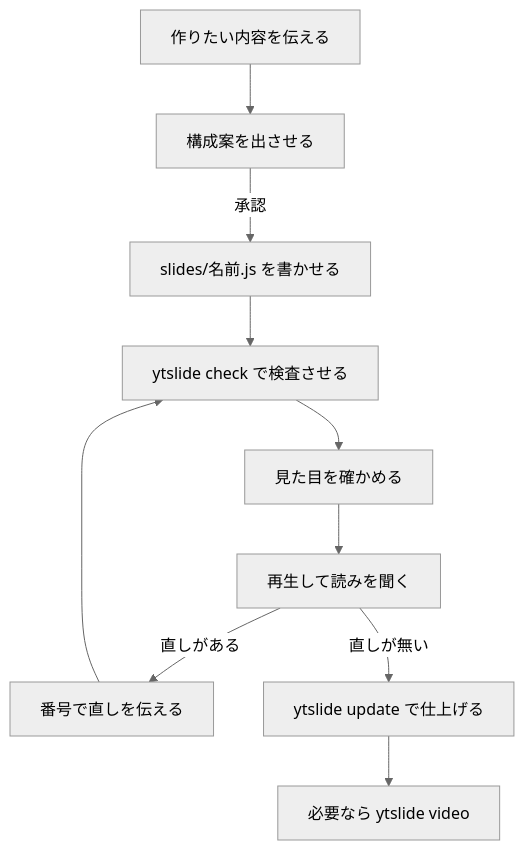
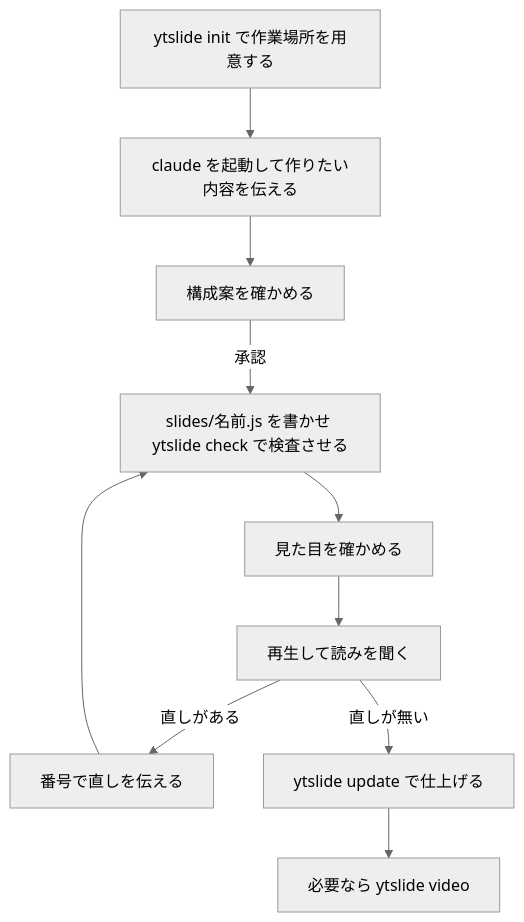
One commit to ytani01/yt_slide changed the diagram in docs/UsersGuide.md. Above: the diagram before and after it, drawn with Mermaid (neutral theme). The commit also changed other lines of this file and 11 other files, not shown here.

````diff
--- a/docs/UsersGuide.md
+++ b/docs/UsersGuide.md
@@ -169,12 +18,12 @@
 ```mermaid
 flowchart TD
-    A[作りたい内容を伝える] --> B[構成案を出させる]
-    B -->|承認| C[slides/名前.js を書かせる]
-    C --> D[ytslide check で検査させる]
+    A[ytslide init で作業場所を用意する] --> B[claude を起動して作りたい内容を伝える]
+    B --> C[構成案を確かめる]
+    C -->|承認| D[slides/名前.js を書かせ ytslide check で検査させる]
     D --> E[見た目を確かめる]
     E --> F[再生して読みを聞く]
     F -->|直しがある| G[番号で直しを伝える]
     G --> D
     F -->|直しが無い| H[ytslide update で仕上げる]
     H --> I[必要なら ytslide video]
 ```
````
